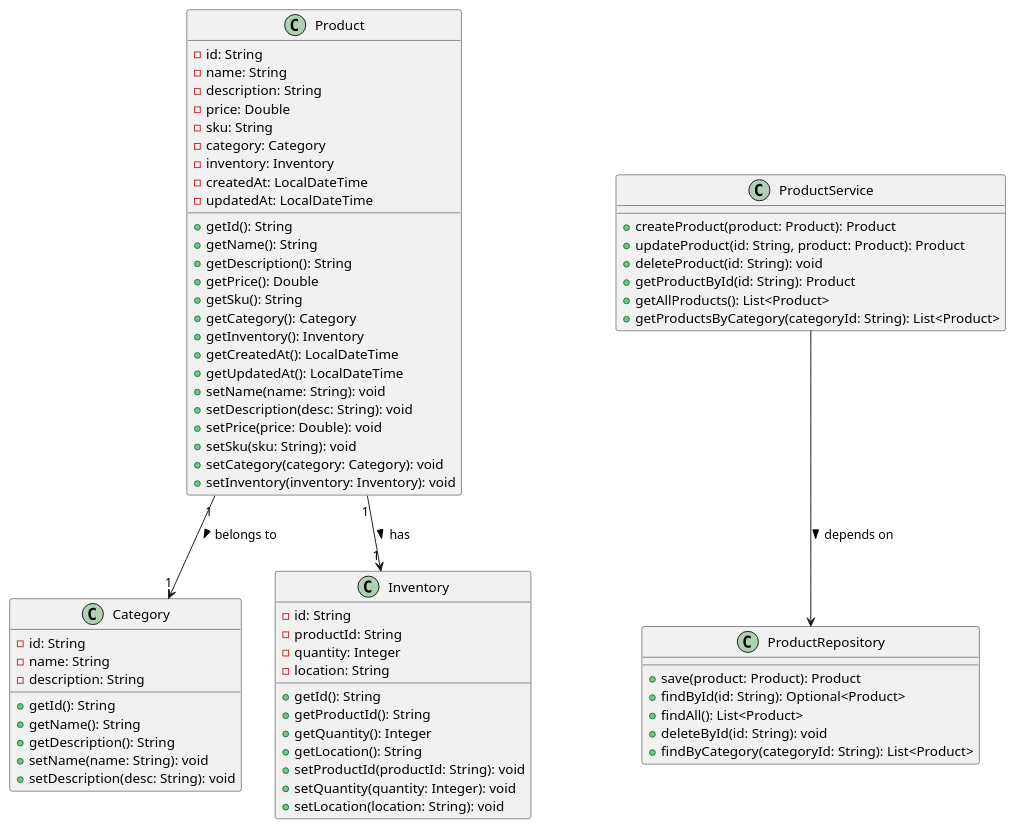
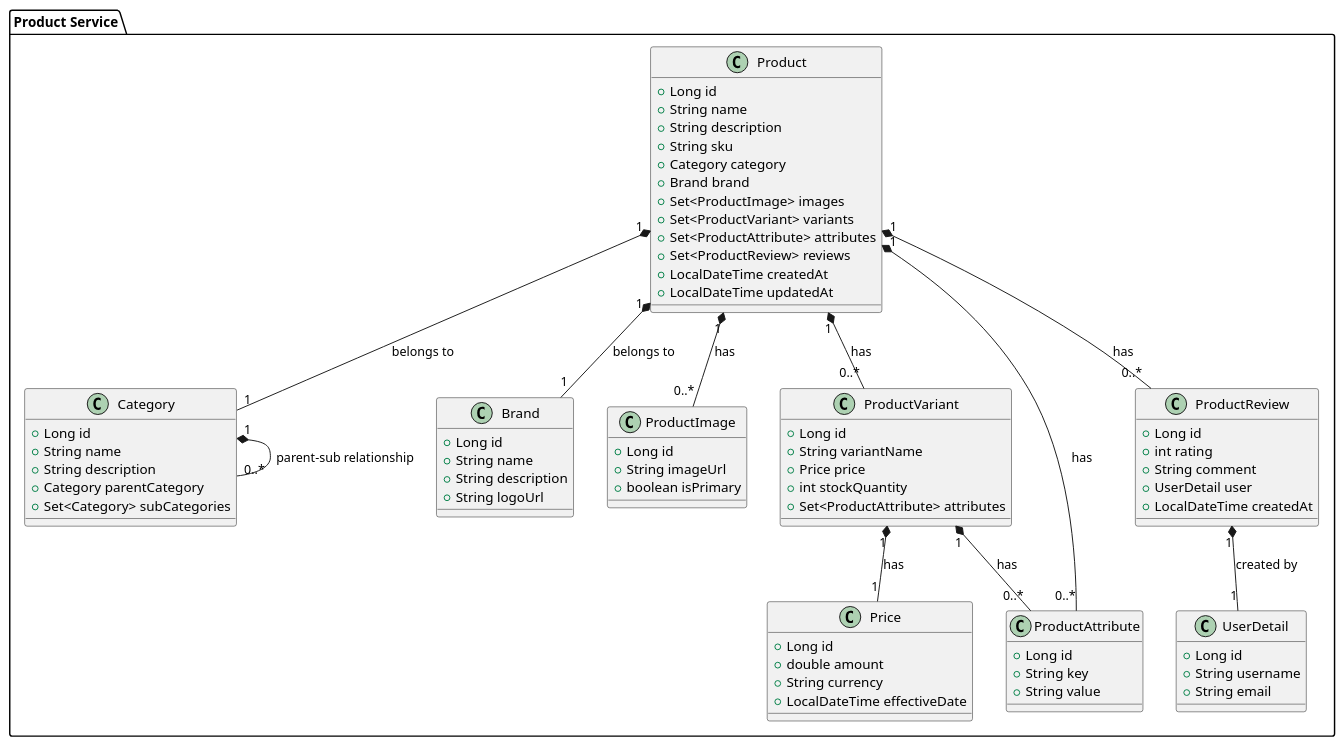
One commit to rnzmndz/e-commerce-app changed the diagram in product-service/docs/diagram/class-diagram.puml. Above: the diagram before and after it, drawn with PlantUML. The commit also changed 18 other files, not shown here.

```diff
--- a/product-service/docs/diagram/class-diagram.puml
+++ b/product-service/docs/diagram/class-diagram.puml
@@ -1,77 +1,86 @@
 @startuml
-' Define classes
-class Product {
-  - id: String
-  - name: String
-  - description: String
-  - price: Double
-  - sku: String
-  - category: Category
-  - inventory: Inventory
-  - createdAt: LocalDateTime
-  - updatedAt: LocalDateTime
-  + getId(): String
-  + getName(): String
-  + getDescription(): String
-  + getPrice(): Double
-  + getSku(): String
-  + getCategory(): Category
-  + getInventory(): Inventory
-  + getCreatedAt(): LocalDateTime
-  + getUpdatedAt(): LocalDateTime
-  + setName(name: String): void
-  + setDescription(desc: String): void
-  + setPrice(price: Double): void
-  + setSku(sku: String): void
-  + setCategory(category: Category): void
-  + setInventory(inventory: Inventory): void
+package "Product Service" {
+    class Product {
+        +Long id
+        +String name
+        +String description
+        +String sku
+        +Category category
+        +Brand brand
+        +Set<ProductImage> images
+        +Set<ProductVariant> variants
+        +Set<ProductAttribute> attributes
+        +Set<ProductReview> reviews
+        +LocalDateTime createdAt
+        +LocalDateTime updatedAt
+    }
+
+    class Category {
+        +Long id
+        +String name
+        +String description
+        +Category parentCategory
+        +Set<Category> subCategories
+    }
+
+    class Brand {
+        +Long id
+        +String name
+        +String description
+        +String logoUrl
+    }
+
+    class ProductImage {
+        +Long id
+        +String imageUrl
+        +boolean isPrimary
+    }
+
+    class ProductVariant {
+        +Long id
+        +String variantName
+        +Price price
+        +int stockQuantity
+        +Set<ProductAttribute> attributes
+    }
+
+    class ProductAttribute {
+        +Long id
+        +String key
+        +String value
+    }
+
+    class ProductReview {
+        +Long id
+        +int rating
+        +String comment
+        +UserDetail user
+        +LocalDateTime createdAt
+    }
+
+    class Price {
+        +Long id
+        +double amount
+        +String currency
+        +LocalDateTime effectiveDate
+    }
+
+    class UserDetail {
+        +Long id
+        +String username
+        +String email
+    }
+
+    ' Relationships
+    Product "1" *-- "1" Category : belongs to
+    Product "1" *-- "1" Brand : belongs to
+    Product "1" *-- "0..*" ProductImage : has
+    Product "1" *-- "0..*" ProductVariant : has
+    Product "1" *-- "0..*" ProductAttribute : has
+    Product "1" *-- "0..*" ProductReview : has
+    ProductVariant "1" *-- "1" Price : has
+    ProductVariant "1" *-- "0..*" ProductAttribute : has
+    Category "1" *-- "0..*" Category : parent-sub relationship
+    ProductReview "1" *-- "1" UserDetail : created by
 }
-
-class Category {
-  - id: String
-  - name: String
-  - description: String
-  + getId(): String
-  + getName(): String
-  + getDescription(): String
-  + setName(name: String): void
-  + setDescription(desc: String): void
-}
-
-class Inventory {
-  - id: String
-  - productId: String
-  - quantity: Integer
-  - location: String
-  + getId(): String
-  + getProductId(): String
-  + getQuantity(): Integer
-  + getLocation(): String
-  + setProductId(productId: String): void
-  + setQuantity(quantity: Integer): void
-  + setLocation(location: String): void
-}
-
-class ProductService {
-  + createProduct(product: Product): Product
-  + updateProduct(id: String, product: Product): Product
-  + deleteProduct(id: String): void
-  + getProductById(id: String): Product
-  + getAllProducts(): List<Product>
-  + getProductsByCategory(categoryId: String): List<Product>
-}
-
-class ProductRepository {
-  + save(product: Product): Product
-  + findById(id: String): Optional<Product>
-  + findAll(): List<Product>
-  + deleteById(id: String): void
-  + findByCategory(categoryId: String): List<Product>
-}
-
-' Define relationships
-Product "1" --> "1" Inventory : has >
-Product "1" --> "1" Category : belongs to >
-ProductService --> ProductRepository : depends on >
-
 @enduml
```
